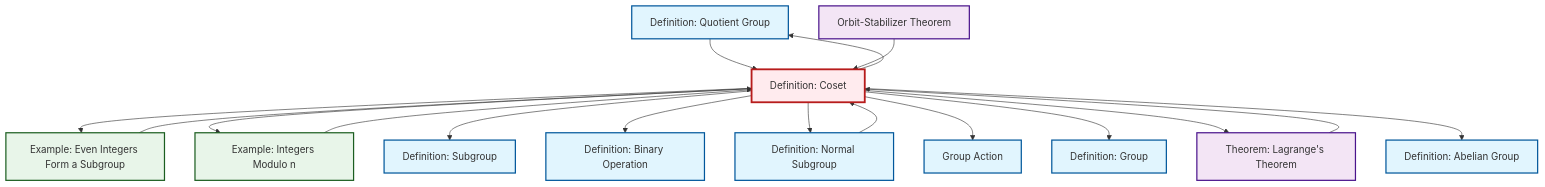
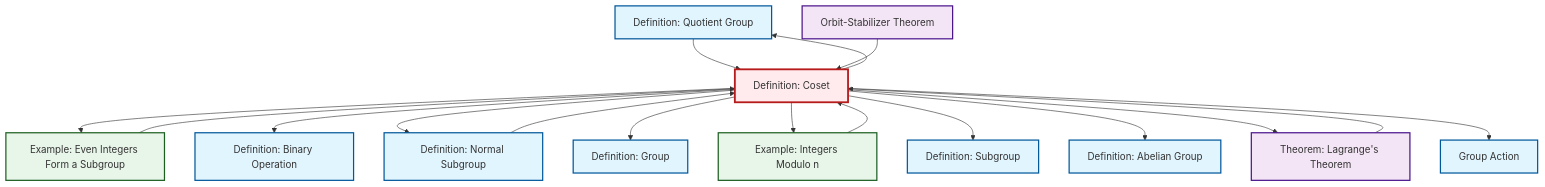
One commit to RK0429/ModernMath changed the diagram in content/ja/algebra/def-coset.qmd. Above: the diagram before and after it, drawn with Mermaid. The commit also changed other lines of this file and 554 other files, not shown here.

````diff
--- a/content/ja/algebra/def-coset.qmd
+++ b/content/ja/algebra/def-coset.qmd
@@ -158,49 +161,49 @@
 ```{mermaid}
 %%| fig-cap: "Local dependency graph"
 graph TD
     classDef definition fill:#e1f5fe,stroke:#01579b,stroke-width:2px
     classDef theorem fill:#f3e5f5,stroke:#4a148c,stroke-width:2px
     classDef axiom fill:#fff3e0,stroke:#e65100,stroke-width:2px
     classDef example fill:#e8f5e9,stroke:#1b5e20,stroke-width:2px
     classDef current fill:#ffebee,stroke:#b71c1c,stroke-width:3px
+    def-quotient-group["Definition: Quotient Group"]:::definition
+    def-group-action["Group Action"]:::definition
+    ex-even-integers-subgroup["Example: Even Integers Form a Subgroup"]:::example
     def-abelian-group["Definition: Abelian Group"]:::definition
-    def-quotient-group["Definition: Quotient Group"]:::definition
+    def-subgroup["Definition: Subgroup"]:::definition
+    ex-quotient-integers-mod-n["Example: Integers Modulo n"]:::example
     def-group["Definition: Group"]:::definition
+    def-binary-operation["Definition: Binary Operation"]:::definition
     def-normal-subgroup["Definition: Normal Subgroup"]:::definition
     thm-orbit-stabilizer["Orbit-Stabilizer Theorem"]:::theorem
-    def-subgroup["Definition: Subgroup"]:::definition
-    ex-quotient-integers-mod-n["Example: Integers Modulo n"]:::example
+    def-coset["Definition: Coset"]:::definition
     thm-lagrange["Theorem: Lagrange's Theorem"]:::theorem
-    ex-even-integers-subgroup["Example: Even Integers Form a Subgroup"]:::example
-    def-binary-operation["Definition: Binary Operation"]:::definition
-    def-coset["Definition: Coset"]:::definition
-    def-group-action["Group Action"]:::definition
+    ex-even-integers-subgroup --> def-coset
     def-coset --> ex-even-integers-subgroup
+    def-coset --> def-binary-operation
+    def-coset --> def-normal-subgroup
+    def-coset --> def-quotient-group
+    def-coset --> def-group
     def-coset --> ex-quotient-integers-mod-n
     def-coset --> def-subgroup
+    def-coset --> def-abelian-group
     thm-lagrange --> def-coset
-    def-coset --> def-binary-operation
-    def-coset --> def-normal-subgroup
+    def-coset --> thm-lagrange
+    ex-quotient-integers-mod-n --> def-coset
+    def-quotient-group --> def-coset
+    def-normal-subgroup --> def-coset
+    thm-orbit-stabilizer --> def-coset
     def-coset --> def-group-action
-    def-coset --> def-group
-    def-quotient-group --> def-coset
-    def-coset --> def-quotient-group
-    def-normal-subgroup --> def-coset
-    def-coset --> thm-lagrange
-    thm-orbit-stabilizer --> def-coset
-    ex-quotient-integers-mod-n --> def-coset
-    def-coset --> def-abelian-group
-    ex-even-integers-subgroup --> def-coset
     class def-coset current
+    click def-quotient-group "def-quotient-group.html" "Definition: Quotient Groupへ"
+    click def-group-action "def-group-action.html" "Group Actionへ"
+    click ex-even-integers-subgroup "ex-even-integers-subgroup.html" "Example: Even Integers Form a Subgroupへ"
     click def-abelian-group "def-abelian-group.html" "Definition: Abelian Groupへ"
-    click def-quotient-group "def-quotient-group.html" "Definition: Quotient Groupへ"
+    click def-subgroup "def-subgroup.html" "Definition: Subgroupへ"
+    click ex-quotient-integers-mod-n "ex-quotient-integers-mod-n.html" "Example: Integers Modulo nへ"
     click def-group "def-group.html" "Definition: Groupへ"
+    click def-binary-operation "def-binary-operation.html" "Definition: Binary Operationへ"
     click def-normal-subgroup "def-normal-subgroup.html" "Definition: Normal Subgroupへ"
     click thm-orbit-stabilizer "thm-orbit-stabilizer.html" "Orbit-Stabilizer Theoremへ"
-    click def-subgroup "def-subgroup.html" "Definition: Subgroupへ"
-    click ex-quotient-integers-mod-n "ex-quotient-integers-mod-n.html" "Example: Integers Modulo nへ"
     click thm-lagrange "thm-lagrange.html" "Theorem: Lagrange's Theoremへ"
-    click ex-even-integers-subgroup "ex-even-integers-subgroup.html" "Example: Even Integers Form a Subgroupへ"
-    click def-binary-operation "def-binary-operation.html" "Definition: Binary Operationへ"
-    click def-group-action "def-group-action.html" "Group Actionへ"
 ```
````
